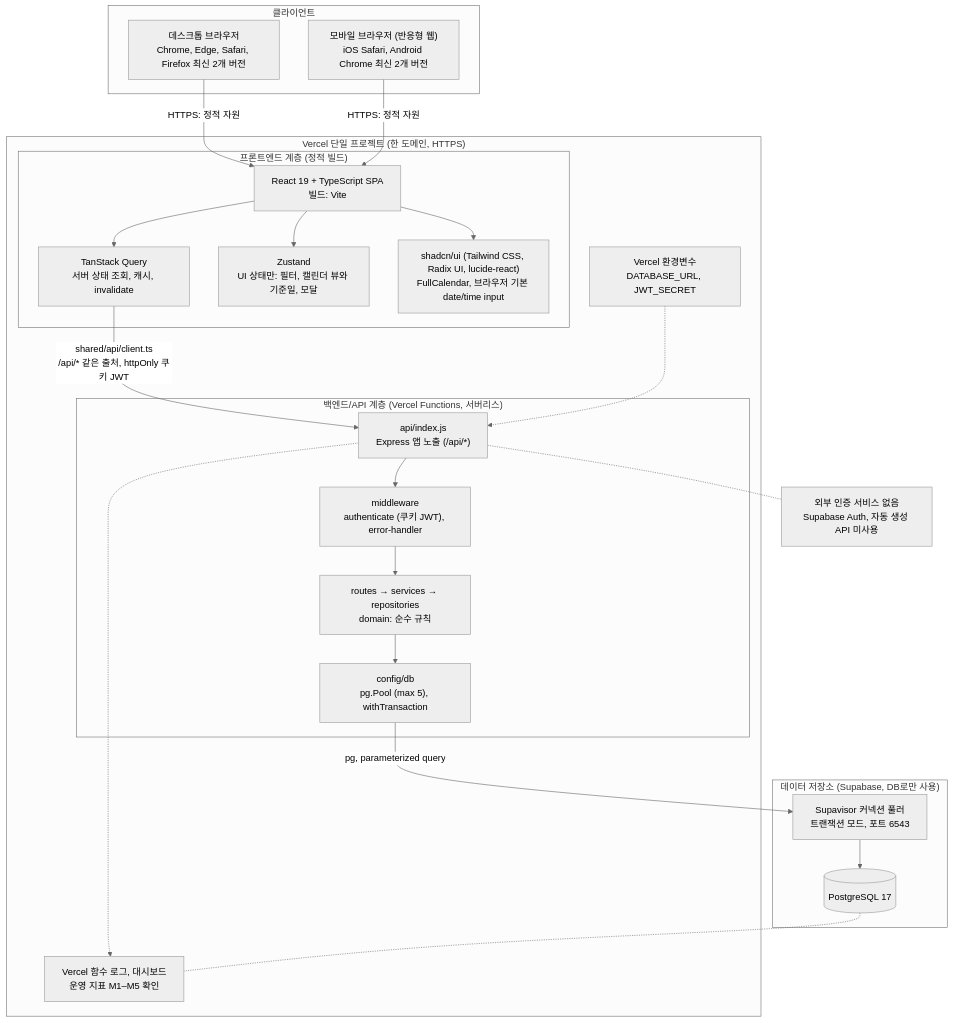
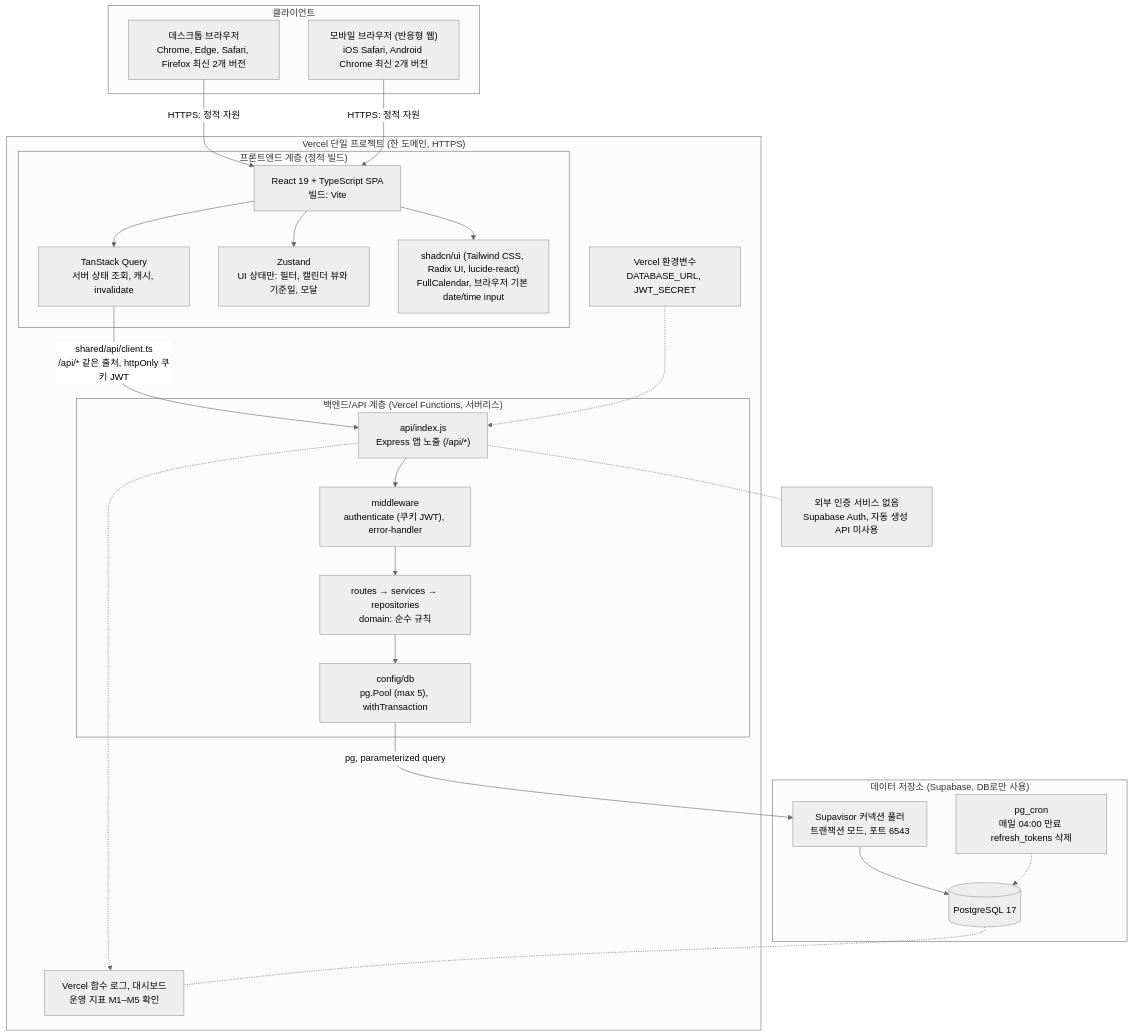
One commit to hjining-o/todolist-app changed the first of 14 diagrams in docs/6-arch-diagram.md. Above: the diagram before and after it, drawn with Mermaid (neutral theme). The commit also changed other lines of this file and 5 other files, not shown here.

````diff
--- a/docs/6-arch-diagram.md
+++ b/docs/6-arch-diagram.md
@@ -46,47 +47,49 @@
 ```mermaid
 flowchart TB
     subgraph CL["클라이언트"]
         BR["데스크톱 브라우저<br/>Chrome, Edge, Safari, Firefox 최신 2개 버전"]
         MB["모바일 브라우저 (반응형 웹)<br/>iOS Safari, Android Chrome 최신 2개 버전"]
     end
 
     subgraph VC["Vercel 단일 프로젝트 (한 도메인, HTTPS)"]
         subgraph FEL["프론트엔드 계층 (정적 빌드)"]
             SPA["React 19 + TypeScript SPA<br/>빌드: Vite"]
             TQ["TanStack Query<br/>서버 상태 조회, 캐시, invalidate"]
             ZS["Zustand<br/>UI 상태만: 필터, 캘린더 뷰와 기준일, 모달"]
             UI["shadcn/ui (Tailwind CSS, Radix UI, lucide-react)<br/>FullCalendar, 브라우저 기본 date/time input"]
         end
         subgraph BEL["백엔드/API 계층 (Vercel Functions, 서버리스)"]
             FN["api/index.js<br/>Express 앱 노출 (/api/*)"]
             MW["middleware<br/>authenticate (쿠키 JWT), error-handler"]
             RS["routes → services → repositories<br/>domain: 순수 규칙"]
             POOL["config/db<br/>pg.Pool (max 5), withTransaction"]
         end
         ENV["Vercel 환경변수<br/>DATABASE_URL, JWT_SECRET"]
         LOG["Vercel 함수 로그, 대시보드<br/>운영 지표 M1–M5 확인"]
     end
 
     subgraph DS["데이터 저장소 (Supabase, DB로만 사용)"]
         SUP["Supavisor 커넥션 풀러<br/>트랜잭션 모드, 포트 6543"]
         PG[("PostgreSQL 17")]
+        CRON["pg_cron<br/>매일 04:00 만료 refresh_tokens 삭제"]
     end
 
     NOEXT["외부 인증 서비스 없음<br/>Supabase Auth, 자동 생성 API 미사용"]
 
     BR -->|"HTTPS: 정적 자원"| SPA
     MB -->|"HTTPS: 정적 자원"| SPA
     SPA --> TQ
     SPA --> ZS
     SPA --> UI
     TQ -->|"shared/api/client.ts<br/>/api/* 같은 출처, httpOnly 쿠키 JWT"| FN
     FN --> MW
     MW --> RS
     RS --> POOL
     POOL -->|"pg, parameterized query"| SUP
     SUP --> PG
+    CRON -.-> PG
     ENV -.-> FN
     FN -.-> LOG
     FN -.- NOEXT
     PG -.- LOG
 ```
````
